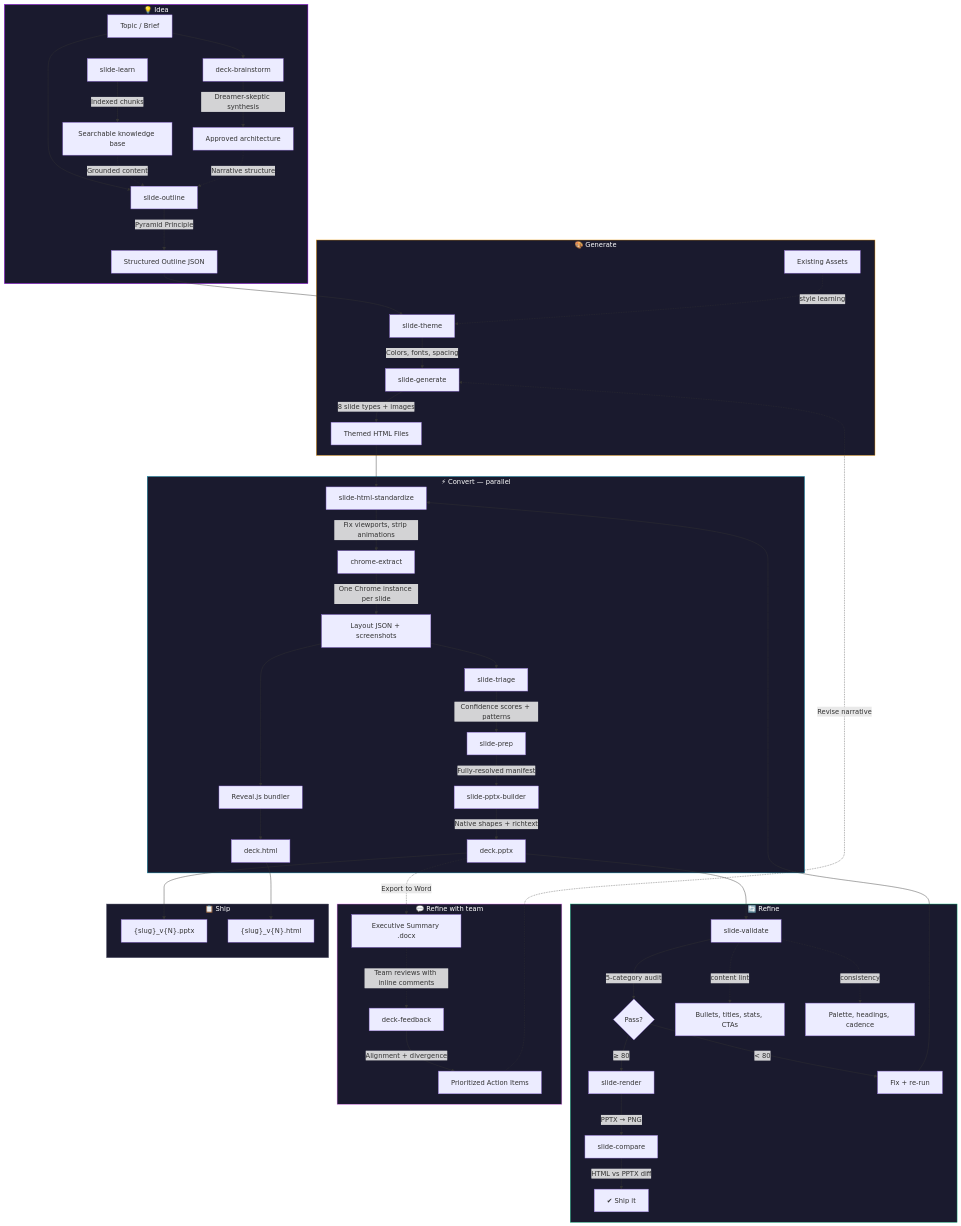
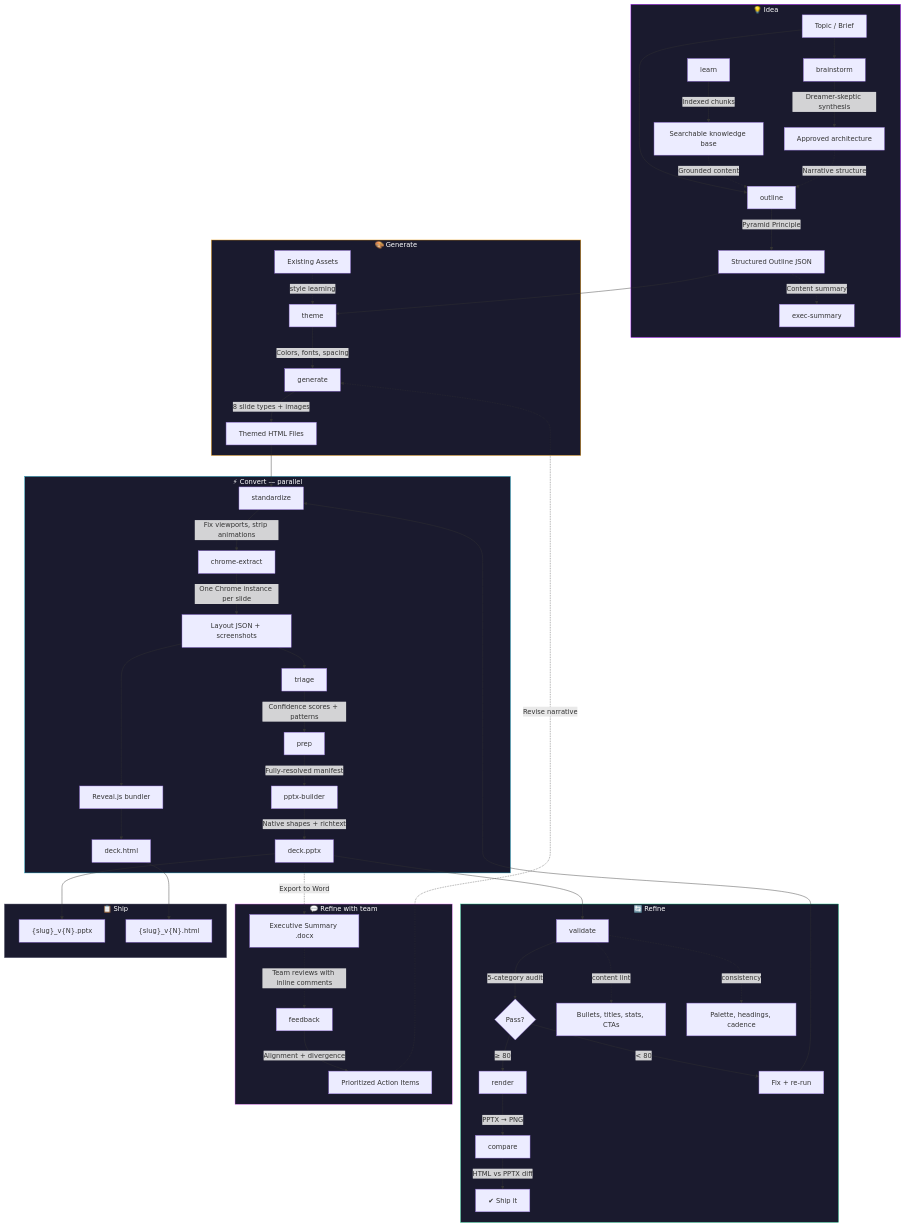
The diagram in PIPELINE.md (mikeparcewski/wicked-prezzie), drawn with Mermaid before and after one commit. The commit also changed other lines of this file and 116 other files, not shown here.

````diff
--- a/PIPELINE.md
+++ b/PIPELINE.md
@@ -5,62 +5,63 @@
 ```mermaid
 graph TD
     subgraph Idea["💡 Idea"]
-        LEARN[slide-learn] -->|Indexed chunks| KNOW[Searchable knowledge base]
-        BRIEF[Topic / Brief] --> BRAIN[deck-brainstorm]
+        LEARN[learn] -->|Indexed chunks| KNOW[Searchable knowledge base]
+        BRIEF[Topic / Brief] --> BRAIN[brainstorm]
         BRAIN -->|Dreamer-skeptic synthesis| ARCH[Approved architecture]
-        BRIEF --> OUTLINE[slide-outline]
+        BRIEF --> OUTLINE[outline]
         KNOW -.->|Grounded content| OUTLINE
         ARCH -.->|Narrative structure| OUTLINE
         OUTLINE -->|Pyramid Principle| OJSON[Structured Outline JSON]
+        OJSON -.->|Content summary| EXECSUM[exec-summary]
     end
 
     subgraph Generate["🎨 Generate"]
-        OJSON --> THEME[slide-theme]
-        THEME -->|Colors, fonts, spacing| GEN[slide-generate]
+        OJSON --> THEME[theme]
+        THEME -->|Colors, fonts, spacing| GEN[generate]
         GEN -->|8 slide types + images| HTML[Themed HTML Files]
         ASSETS[Existing Assets] -.->|style learning| THEME
     end
 
     subgraph Convert["⚡ Convert — parallel"]
-        HTML --> STD[slide-html-standardize]
+        HTML --> STD[standardize]
         STD -->|Fix viewports, strip animations| EXT[chrome-extract]
         EXT -->|One Chrome instance per slide| LAYOUT[Layout JSON + screenshots]
-        LAYOUT --> TRIAGE[slide-triage]
-        TRIAGE -->|Confidence scores + patterns| PREP[slide-prep]
-        PREP -->|Fully-resolved manifest| BUILD[slide-pptx-builder]
+        LAYOUT --> TRIAGE[triage]
+        TRIAGE -->|Confidence scores + patterns| PREP[prep]
+        PREP -->|Fully-resolved manifest| BUILD[pptx-builder]
         BUILD -->|Native shapes + richtext| PPTX[deck.pptx]
         LAYOUT --> REVEAL[Reveal.js bundler]
         REVEAL --> RHTML[deck.html]
     end
 
     subgraph Refine["🔄 Refine"]
-        PPTX --> VAL[slide-validate]
+        PPTX --> VAL[validate]
         VAL -->|5-category audit| PASS{Pass?}
-        PASS -->|≥ 80| RENDER[slide-render]
+        PASS -->|≥ 80| RENDER[render]
         PASS -->|< 80| FIX[Fix + re-run]
         FIX --> STD
-        RENDER -->|PPTX → PNG| COMPARE[slide-compare]
+        RENDER -->|PPTX → PNG| COMPARE[compare]
         COMPARE -->|HTML vs PPTX diff| DONE[✔ Ship it]
         VAL -.->|content lint| LINT[Bullets, titles, stats, CTAs]
         VAL -.->|consistency| CONSIST[Palette, headings, cadence]
     end
 
     subgraph TeamRefine["💬 Refine with team"]
         PPTX -.->|Export to Word| WORD[Executive Summary .docx]
-        WORD -.->|Team reviews with inline comments| FEEDBACK[deck-feedback]
+        WORD -.->|Team reviews with inline comments| FEEDBACK[feedback]
         FEEDBACK -->|Alignment + divergence| ACTIONS[Prioritized Action Items]
         ACTIONS -.->|Revise narrative| GEN
     end
 
     subgraph Ship["📋 Ship"]
         PPTX --> VER["{slug}_v{N}.pptx"]
         RHTML --> VER2["{slug}_v{N}.html"]
     end
 
     style Idea fill:#1a1a2e,stroke:#a100ff,color:#fff
     style Generate fill:#1a1a2e,stroke:#f59e0b,color:#fff
     style Convert fill:#1a1a2e,stroke:#0891b2,color:#fff
     style Refine fill:#1a1a2e,stroke:#10b981,color:#fff
     style TeamRefine fill:#1a1a2e,stroke:#e879f9,color:#fff
     style Ship fill:#1a1a2e,stroke:#6b6b80,color:#fff
 ```
````
